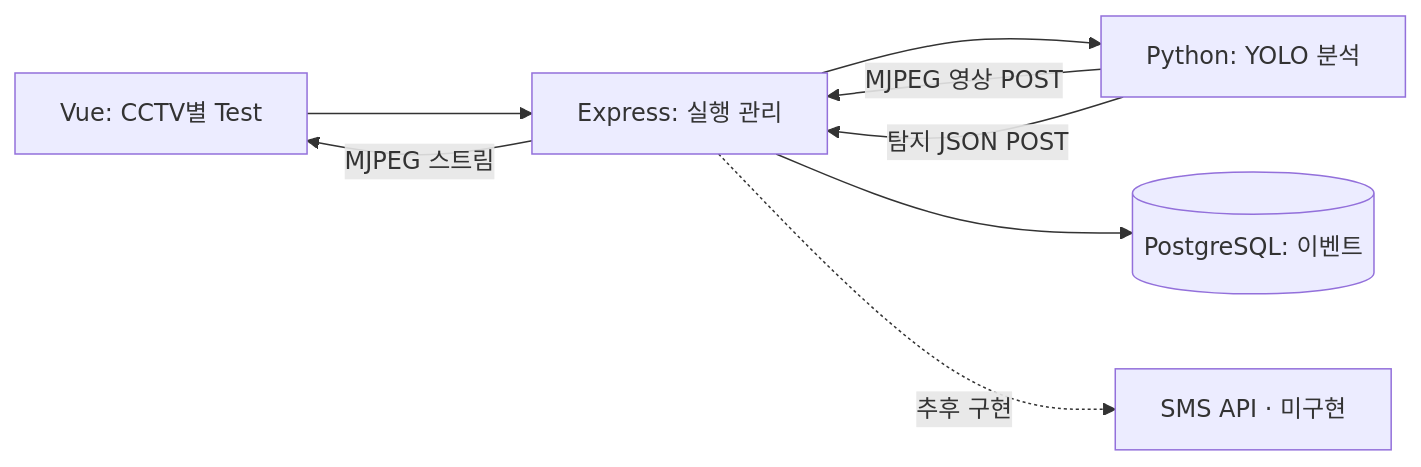
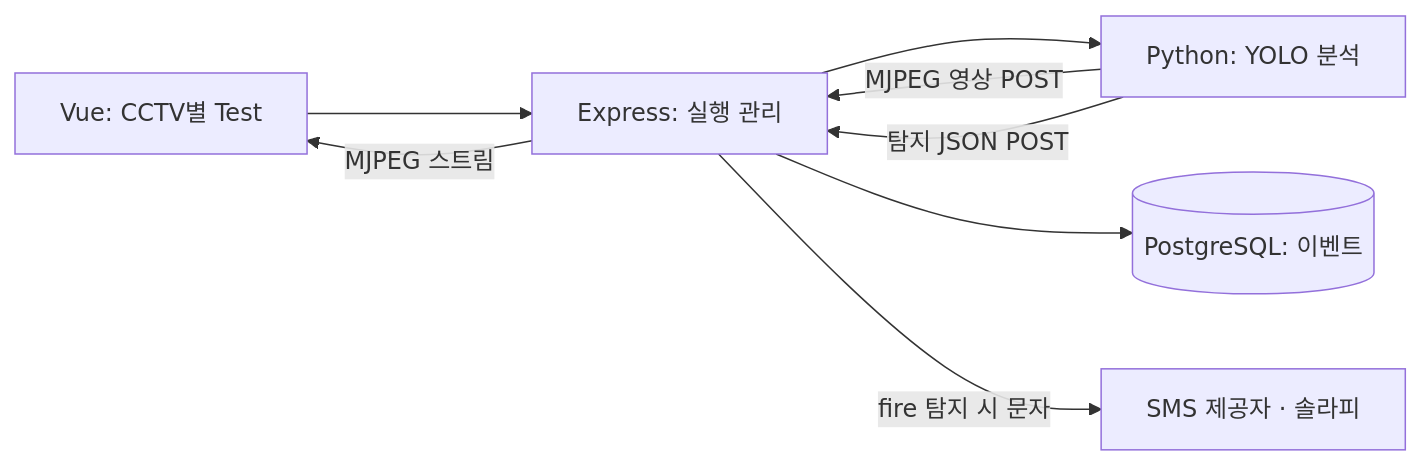
The diagram in docs/System_architecture.md (KNU-FireGuard/wildfire-detection-geolocation), drawn with Mermaid before and after one commit. The commit also changed other lines of this file and 26 other files, not shown here.

````diff
--- a/docs/System_architecture.md
+++ b/docs/System_architecture.md
@@ -7,10 +7,10 @@
 ```mermaid
 flowchart LR
     F[Vue: CCTV별 Test] --> B[Express: 실행 관리]
     B --> A[Python: YOLO 분석]
     A -->|MJPEG 영상 POST| B
     A -->|탐지 JSON POST| B
     B -->|MJPEG 스트림| F
     B --> DB[(PostgreSQL: 이벤트)]
-    B -. 추후 구현 .-> S[SMS API · 미구현]
+    B -->|fire 탐지 시 문자| S[SMS 제공자 · 솔라피]
 ```
````
